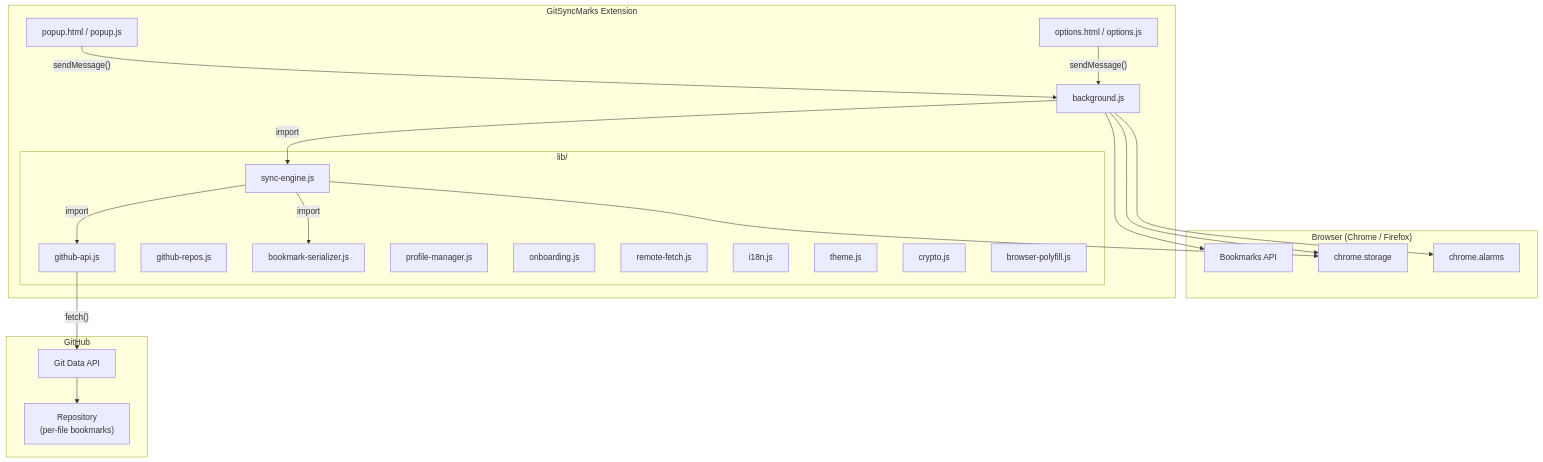
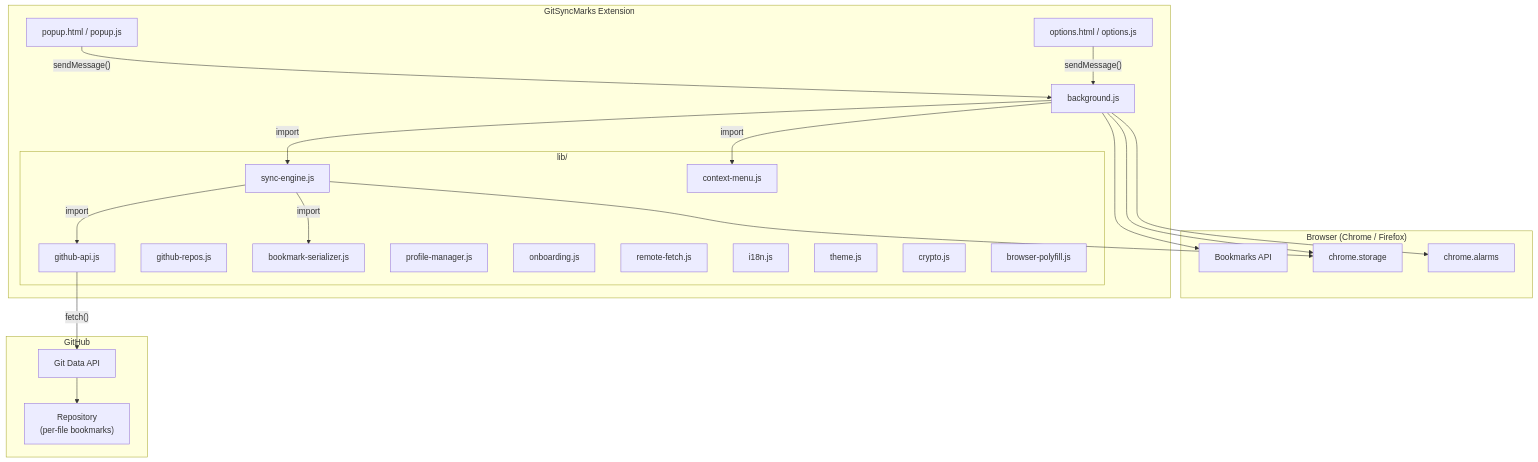
The diagram in docs/ARCHITECTURE.md (d0dg3r/GitSyncMarks), drawn with Mermaid before and after one commit. The commit also changed other lines of this file and 49 other files, not shown here.

First line of the commit message:
feat: release v2.5.0 with context menu enhancements and factory reset feature

````diff
--- a/docs/ARCHITECTURE.md
+++ b/docs/ARCHITECTURE.md
@@ -7,44 +7,46 @@
 ```mermaid
 flowchart TB
     subgraph Browser["Browser (Chrome / Firefox)"]
         BM["Bookmarks API"]
         Storage["chrome.storage"]
         Alarms["chrome.alarms"]
     end
 
     subgraph Extension["GitSyncMarks Extension"]
         BG["background.js"]
         Popup["popup.html / popup.js"]
         Options["options.html / options.js"]
         subgraph Lib["lib/"]
             SE["sync-engine.js"]
             GH["github-api.js"]
             GR["github-repos.js"]
             BS["bookmark-serializer.js"]
             PM["profile-manager.js"]
             OB["onboarding.js"]
             RF["remote-fetch.js"]
             I18N["i18n.js"]
             Theme["theme.js"]
             Crypto["crypto.js"]
+            CM["context-menu.js"]
             Polyfill["browser-polyfill.js"]
         end
     end
 
     subgraph Remote["GitHub"]
         GitAPI["Git Data API"]
         Repo["Repository\n(per-file bookmarks)"]
     end
 
     Popup -- "sendMessage()" --> BG
     Options -- "sendMessage()" --> BG
+    BG -- "import" --> CM
     BG -- "import" --> SE
     SE -- "import" --> GH
     SE -- "import" --> BS
     BG --> BM
     BG --> Storage
     BG --> Alarms
     SE --> Storage
     GH -- "fetch()" --> GitAPI
     GitAPI --> Repo
 ```
````
